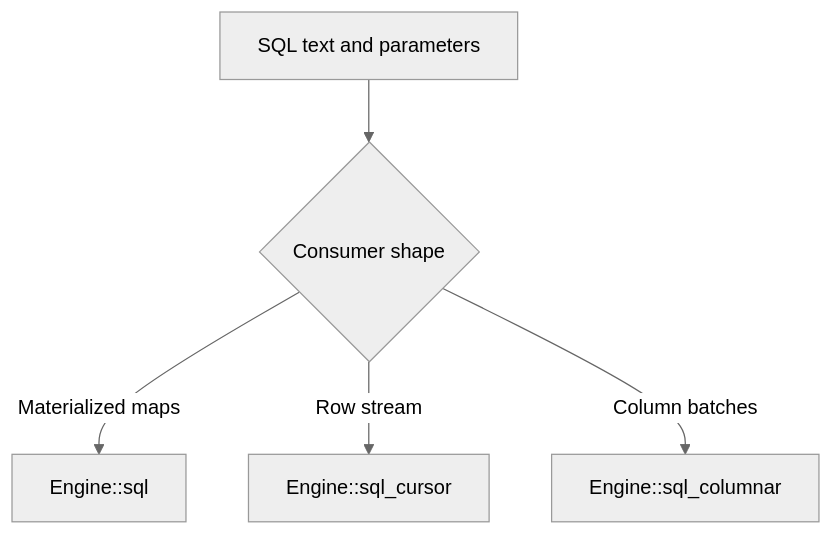
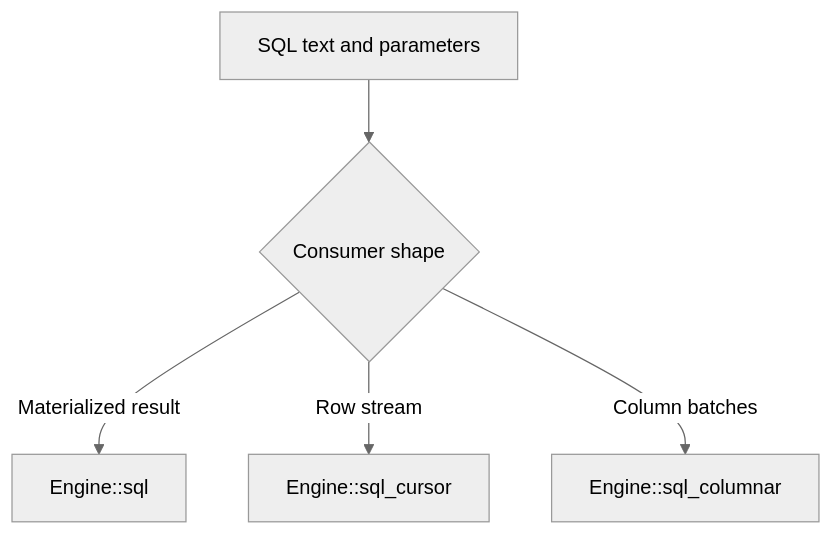
One commit to cognica-io/uqa-engine changed the diagram in docs/manual/reference/02-rust-engine-api.md. Above: the diagram before and after it, drawn with Mermaid (neutral theme). The commit also changed other lines of this file and 53 other files, not shown here.

````diff
--- a/docs/manual/reference/02-rust-engine-api.md
+++ b/docs/manual/reference/02-rust-engine-api.md
@@ -68,7 +69,7 @@
 ```mermaid
 flowchart TD
     A[SQL text and parameters] --> B{Consumer shape}
-    B -->|Materialized maps| C[Engine::sql]
+    B -->|Materialized result| C[Engine::sql]
     B -->|Row stream| D[Engine::sql_cursor]
     B -->|Column batches| E[Engine::sql_columnar]
 ```
````
